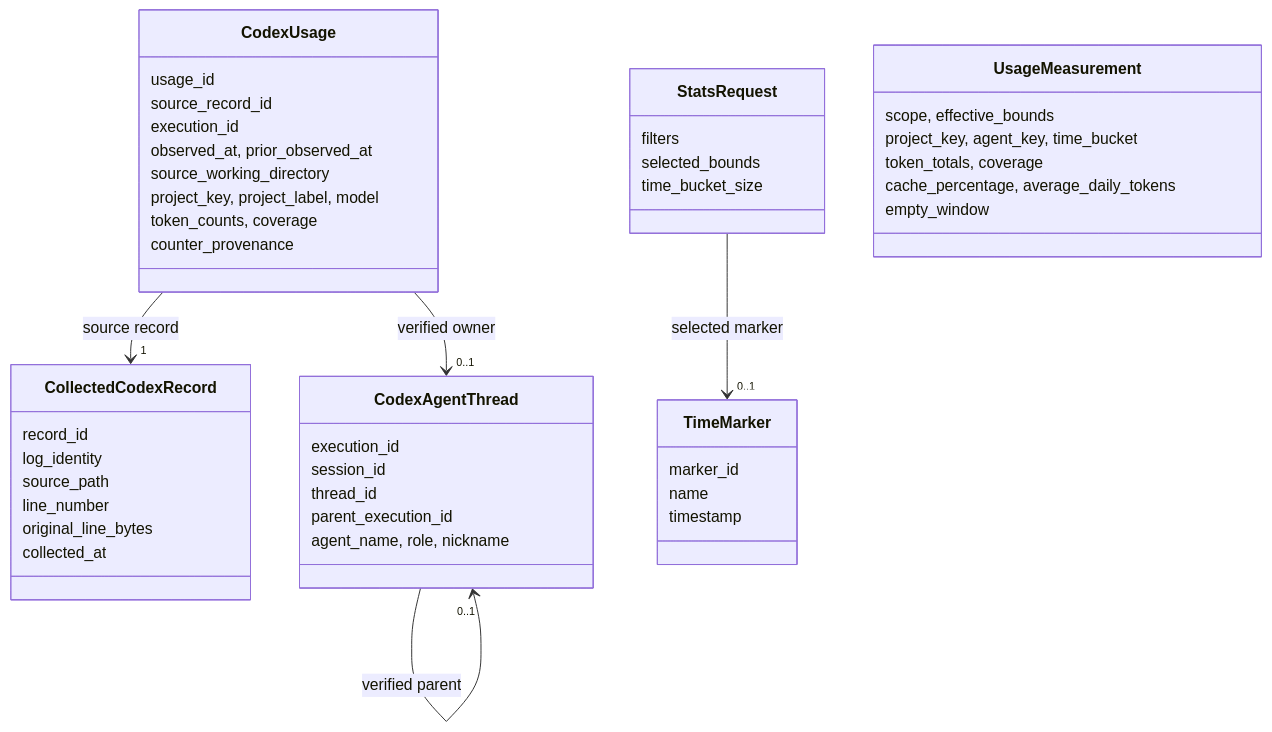
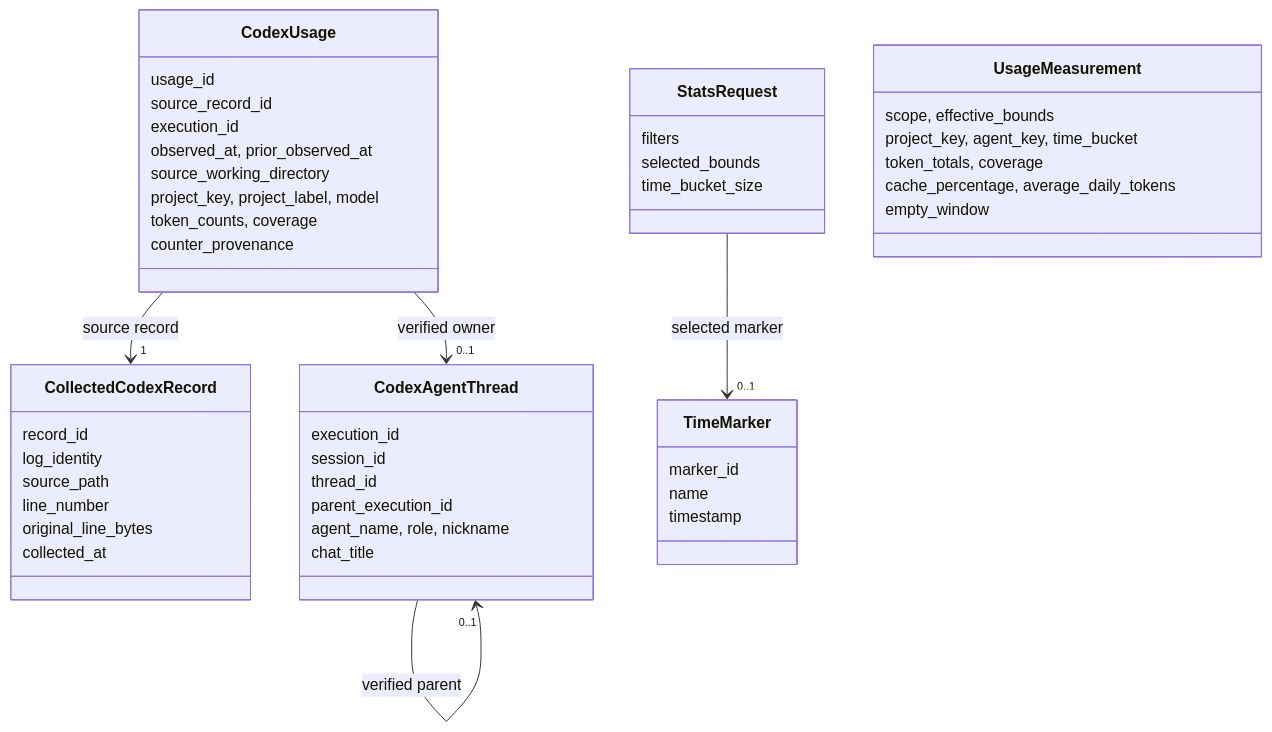
Before and after one commit to xtrmstep/codex-stats-analyzer: the diagram in specification/02-architecture/02-design/010-usage-data-model.md, drawn with Mermaid. The commit also changed other lines of this file and 4 other files, not shown here.

````diff
--- a/specification/02-architecture/02-design/010-usage-data-model.md
+++ b/specification/02-architecture/02-design/010-usage-data-model.md
@@ -20,49 +20,50 @@
 ```mermaid
 classDiagram
     class CollectedCodexRecord {
         record_id
         log_identity
         source_path
         line_number
         original_line_bytes
         collected_at
     }
     class CodexAgentThread {
         execution_id
         session_id
         thread_id
         parent_execution_id
         agent_name, role, nickname
+        chat_title
     }
     class CodexUsage {
         usage_id
         source_record_id
         execution_id
         observed_at, prior_observed_at
         source_working_directory
         project_key, project_label, model
         token_counts, coverage
         counter_provenance
     }
     class TimeMarker {
         marker_id
         name
         timestamp
     }
     class StatsRequest {
         filters
         selected_bounds
         time_bucket_size
     }
     class UsageMeasurement {
         scope, effective_bounds
         project_key, agent_key, time_bucket
         token_totals, coverage
         cache_percentage, average_daily_tokens
         empty_window
     }
     CodexUsage --> "1" CollectedCodexRecord : source record
     CodexUsage --> "0..1" CodexAgentThread : verified owner
     CodexAgentThread --> "0..1" CodexAgentThread : verified parent
     StatsRequest --> "0..1" TimeMarker : selected marker
 ```
````
